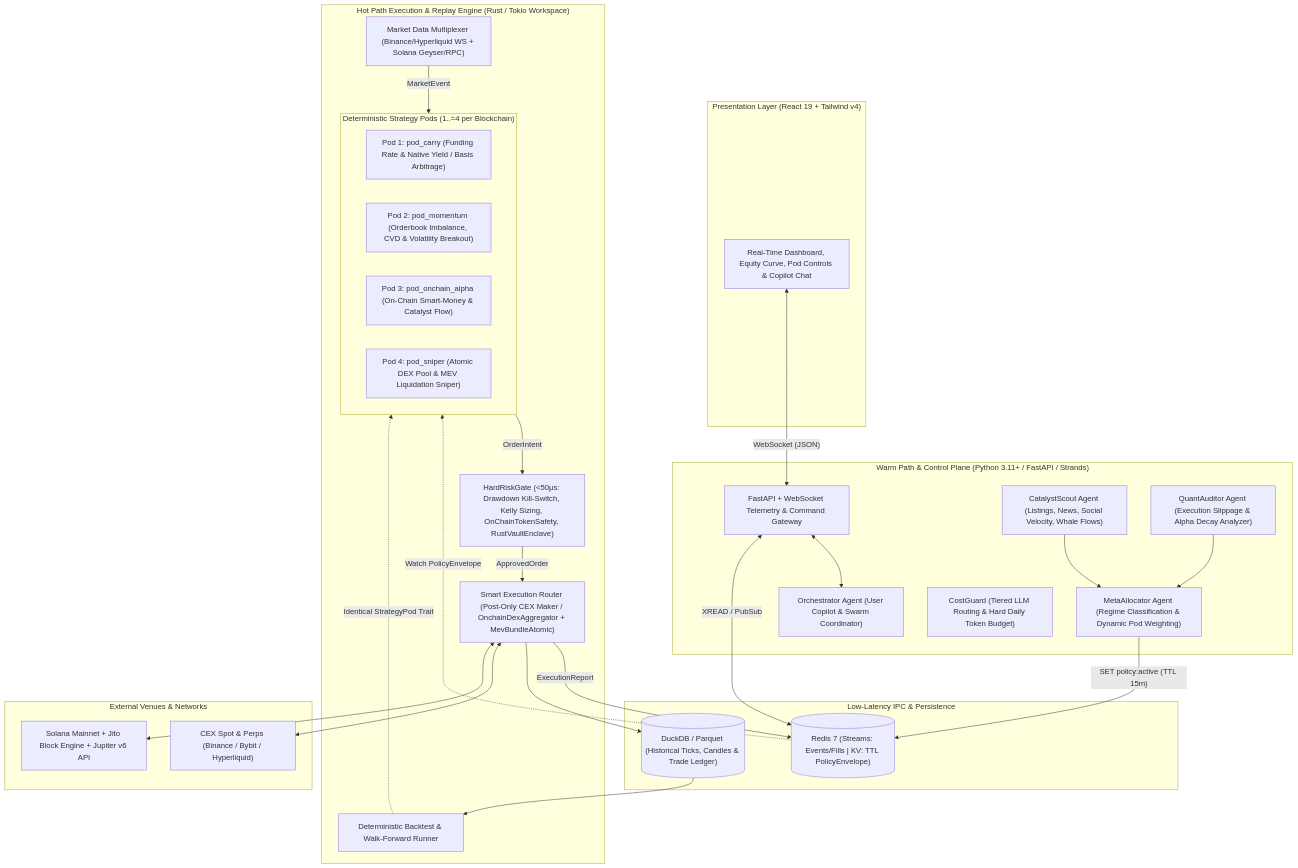
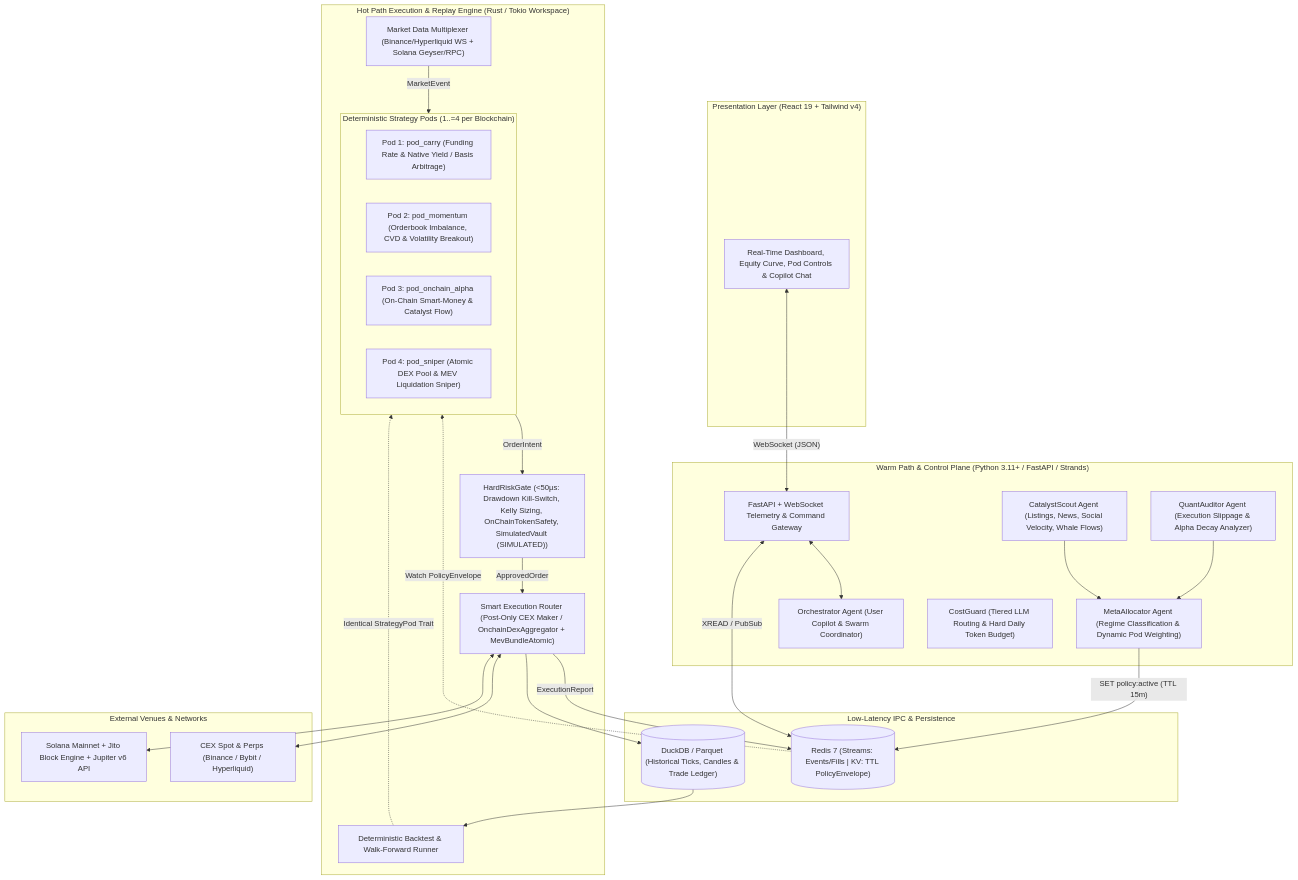
Before and after one commit to hcross/robotrader: the diagram in docs/architecture.md, drawn with Mermaid. The commit also changed other lines of this file and 32 other files, not shown here.

First line of the commit message:
feat(vault): mark the vault simulated and remove Python key custody [mark-vault-simulated]

````diff
--- a/docs/architecture.md
+++ b/docs/architecture.md
@@ -22,58 +22,58 @@
 ```mermaid
 flowchart TB
     subgraph Client["Presentation Layer (React 19 + Tailwind v4)"]
         UI["Real-Time Dashboard, Equity Curve, Pod Controls & Copilot Chat"]
     end
 
     subgraph ControlAndWarm["Warm Path & Control Plane (Python 3.11+ / FastAPI / Strands)"]
         API["FastAPI + WebSocket Telemetry & Command Gateway"]
         Orch["Orchestrator Agent (User Copilot & Swarm Coordinator)"]
         Scout["CatalystScout Agent (Listings, News, Social Velocity, Whale Flows)"]
         Meta["MetaAllocator Agent (Regime Classification & Dynamic Pod Weighting)"]
         Auditor["QuantAuditor Agent (Execution Slippage & Alpha Decay Analyzer)"]
         Cost["CostGuard (Tiered LLM Routing & Hard Daily Token Budget)"]
     end
 
     subgraph Bus["Low-Latency IPC & Persistence"]
         Redis[("Redis 7 (Streams: Events/Fills | KV: TTL PolicyEnvelope)")]
         Storage[("DuckDB / Parquet (Historical Ticks, Candles & Trade Ledger)")]
     end
 
     subgraph HotPath["Hot Path Execution & Replay Engine (Rust / Tokio Workspace)"]
         Feed["Market Data Multiplexer (Binance/Hyperliquid WS + Solana Geyser/RPC)"]
         
         subgraph Pods["Deterministic Strategy Pods (1..=4 per Blockchain)"]
             P1["Pod 1: pod_carry (Funding Rate & Native Yield / Basis Arbitrage)"]
             P2["Pod 2: pod_momentum (Orderbook Imbalance, CVD & Volatility Breakout)"]
             P3["Pod 3: pod_onchain_alpha (On-Chain Smart-Money & Catalyst Flow)"]
             P4["Pod 4: pod_sniper (Atomic DEX Pool & MEV Liquidation Sniper)"]
         end
 
-        Risk["HardRiskGate (<50µs: Drawdown Kill-Switch, Kelly Sizing, OnChainTokenSafety, RustVaultEnclave)"]
+        Risk["HardRiskGate (<50µs: Drawdown Kill-Switch, Kelly Sizing, OnChainTokenSafety, SimulatedVault (SIMULATED))"]
         Exec["Smart Execution Router (Post-Only CEX Maker / OnchainDexAggregator + MevBundleAtomic)"]
         Replay["Deterministic Backtest & Walk-Forward Runner"]
     end
 
     subgraph Venues["External Venues & Networks"]
         CEX["CEX Spot & Perps (Binance / Bybit / Hyperliquid)"]
         Solana["Solana Mainnet + Jito Block Engine + Jupiter v6 API"]
     end
 
     UI <-->|"WebSocket (JSON)"| API
     API <--> Orch
     Scout --> Meta
     Auditor --> Meta
     Meta -->|"SET policy:active (TTL 15m)"| Redis
     API <-->|"XREAD / PubSub"| Redis
 
     Feed -->|"MarketEvent"| Pods
     Redis -.->|"Watch PolicyEnvelope"| Pods
     Pods -->|"OrderIntent"| Risk
     Risk -->|"ApprovedOrder"| Exec
     Exec -->|"ExecutionReport"| Redis
     Exec --> Storage
     Exec <--> CEX
     Exec <--> Solana
     Storage --> Replay
     Replay -.->|"Identical StrategyPod Trait"| Pods
 ```
````
